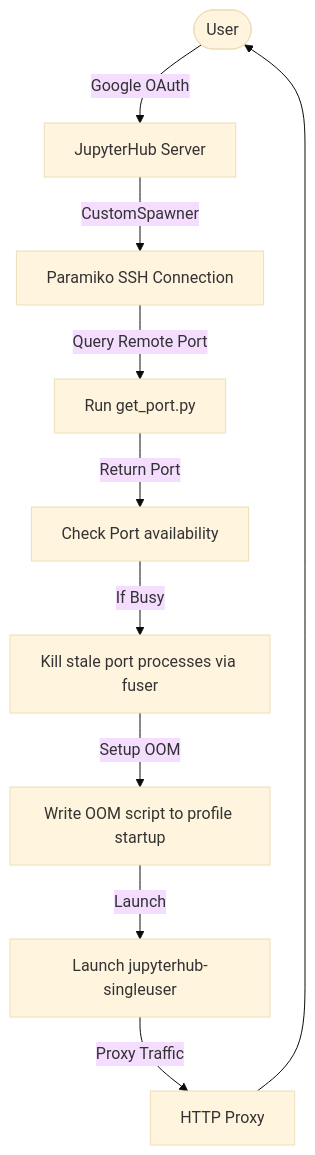
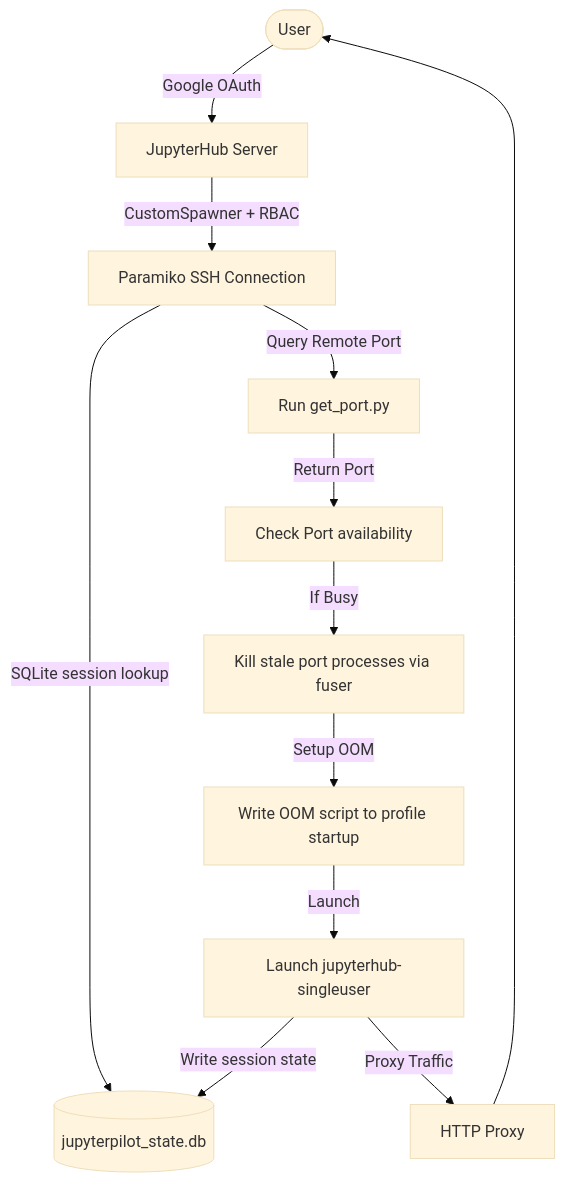
The first of 2 diagrams in README.md (wajoud/JupyterPilot), drawn with Mermaid (base theme) before and after one commit. The commit also changed other lines of this file and 10 other files, not shown here.

First line of the commit message:
feat(task-1): Infera Hub Admin Core — SQLite session state, 2-tier RBAC, lifecycle hardening

````diff
--- a/README.md
+++ b/README.md
@@ -14,12 +14,14 @@
 ```mermaid
 graph TD
     User([User]) -->|Google OAuth| Hub[JupyterHub Server]
-    Hub -->|CustomSpawner| SSH[Paramiko SSH Connection]
+    Hub -->|CustomSpawner + RBAC| SSH[Paramiko SSH Connection]
+    SSH -->|SQLite session lookup| Store[(jupyterpilot_state.db)]
     SSH -->|Query Remote Port| PortScript[Run get_port.py]
     PortScript -->|Return Port| PortCheck[Check Port availability]
     PortCheck -->|If Busy| Kill[Kill stale port processes via fuser]
     Kill -->|Setup OOM| OOM[Write OOM script to profile startup]
     OOM -->|Launch| SingleUser[Launch jupyterhub-singleuser]
     SingleUser -->|Proxy Traffic| Proxy[HTTP Proxy]
     Proxy --> User
+    SingleUser -->|Write session state| Store
 ```
````
